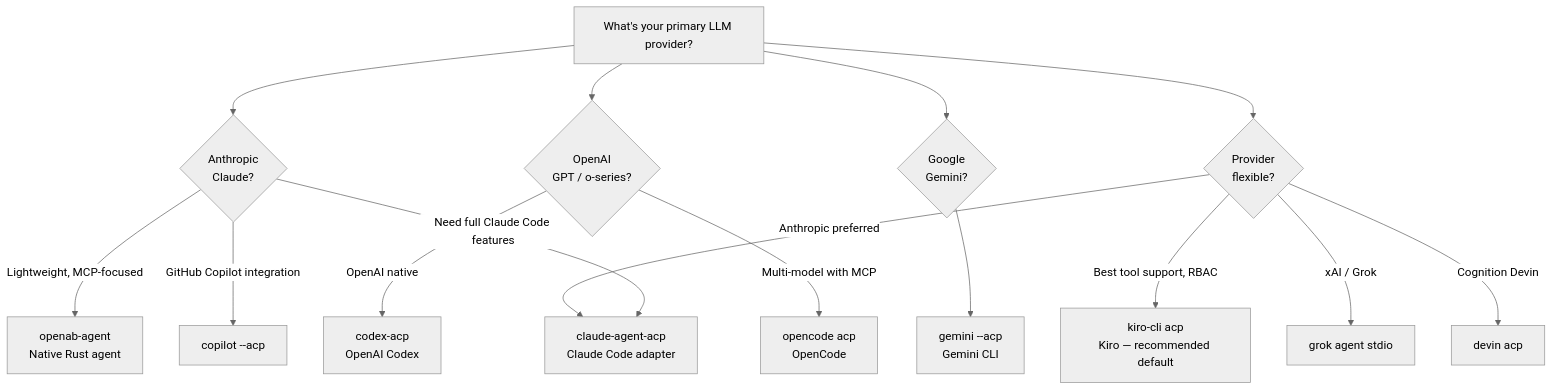
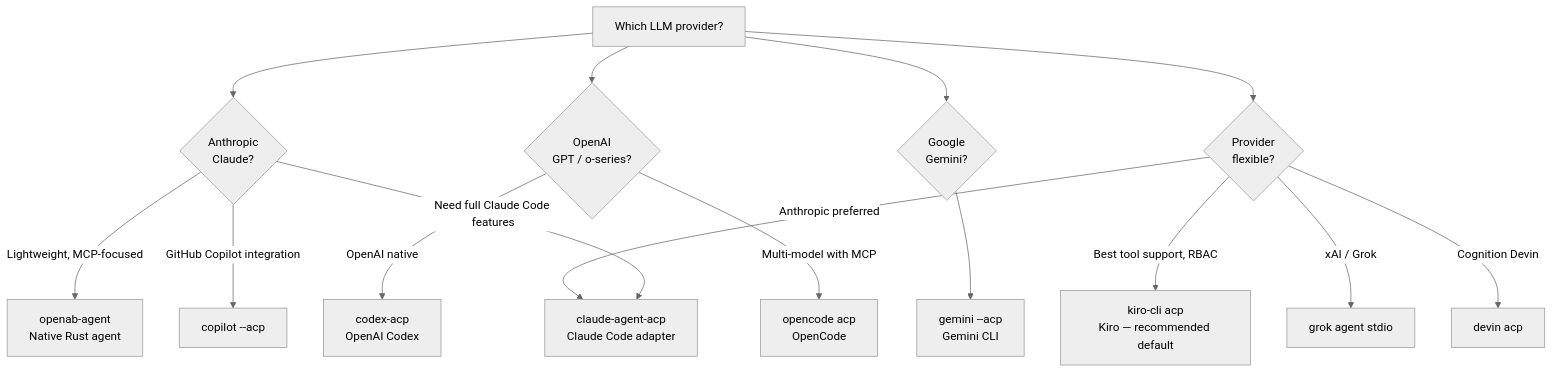
One commit to shaun-agent/openab-map changed the diagram in 04-decision-trees/which-agent.md. Above: the diagram before and after it, drawn with Mermaid (neutral theme). The commit also changed 6 other files, not shown here.

First line of the commit message:
fix(diagrams): fix mermaid rendering issues across all files

````diff
--- a/04-decision-trees/which-agent.md
+++ b/04-decision-trees/which-agent.md
@@ -7,21 +7,21 @@
 ```mermaid
 flowchart TD
-    START[What's your primary LLM provider?] --> ANTHROPIC{Anthropic\nClaude?}
+    START[Which LLM provider?] --> ANTHROPIC{Anthropic\nClaude?}
     START --> OPENAI{OpenAI\nGPT / o-series?}
     START --> GOOGLE{Google\nGemini?}
     START --> FLEX{Provider\nflexible?}
 
     ANTHROPIC -->|Need full Claude Code features| CC[claude-agent-acp\nClaude Code adapter]
     ANTHROPIC -->|Lightweight, MCP-focused| OAA[openab-agent\nNative Rust agent]
     ANTHROPIC -->|GitHub Copilot integration| COP[copilot --acp]
 
     OPENAI -->|OpenAI native| CODEX[codex-acp\nOpenAI Codex]
     OPENAI -->|Multi-model with MCP| OC[opencode acp\nOpenCode]
 
     GOOGLE --> GEM[gemini --acp\nGemini CLI]
 
     FLEX -->|Best tool support, RBAC| KIRO[kiro-cli acp\nKiro — recommended default]
     FLEX -->|Anthropic preferred| CC
     FLEX -->|xAI / Grok| GROK[grok agent stdio]
     FLEX -->|Cognition Devin| DEVIN[devin acp]
 ```
````
